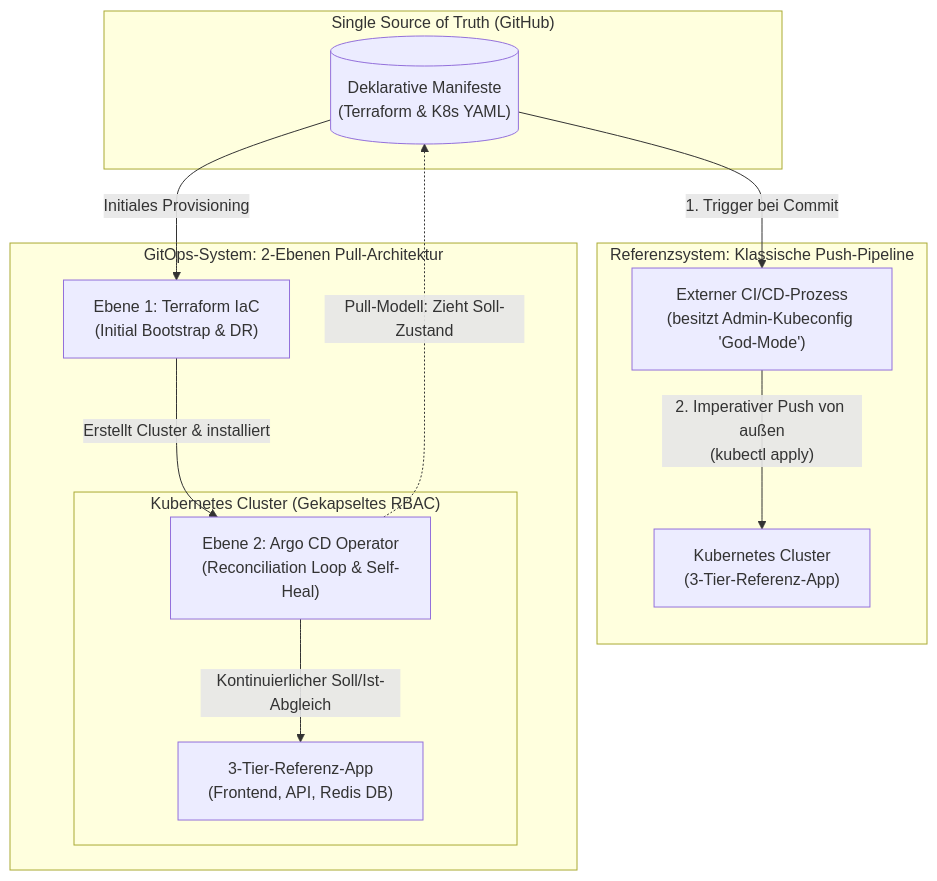
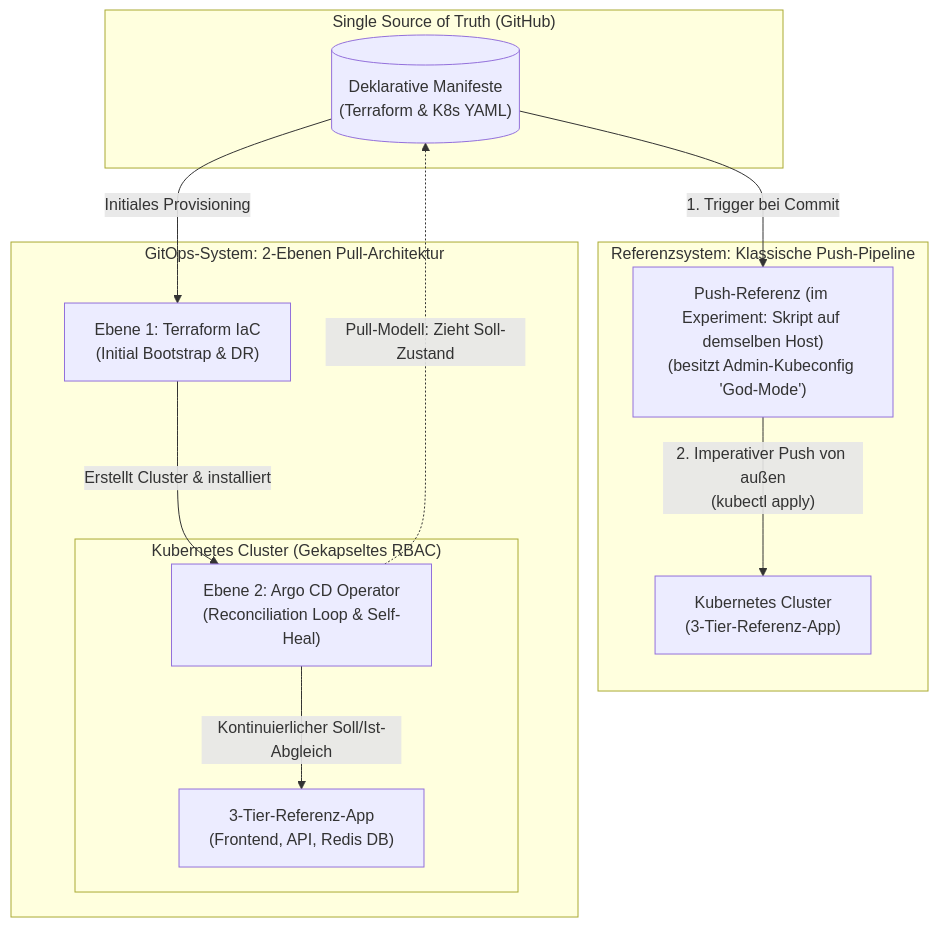
One commit to timopeters-dev/bachelor-gitops-demo changed the diagram in README.md. Above: the diagram before and after it, drawn with Mermaid. The commit also changed other lines of this file, not shown here.

````diff
--- a/README.md
+++ b/README.md
@@ -49,25 +49,25 @@
 ```mermaid
 flowchart TB
     subgraph Git["Single Source of Truth (GitHub)"]
         Repo[("Deklarative Manifeste<br/>(Terraform & K8s YAML)")]
     end
 
     subgraph PushModel["Referenzsystem: Klassische Push-Pipeline"]
-        CIRunner["Externer CI/CD-Prozess<br/>(besitzt Admin-Kubeconfig 'God-Mode')"]
+        CIRunner["Push-Referenz (im Experiment: Skript auf demselben Host)<br/>(besitzt Admin-Kubeconfig 'God-Mode')"]
         K8sPush["Kubernetes Cluster<br/>(3-Tier-Referenz-App)"]
         Repo -->|"1. Trigger bei Commit"| CIRunner
         CIRunner -->|"2. Imperativer Push von außen<br/>(kubectl apply)"| K8sPush
     end
 
     subgraph GitOpsModel["GitOps-System: 2-Ebenen Pull-Architektur"]
         TF["Ebene 1: Terraform IaC<br/>(Initial Bootstrap & DR)"]
         subgraph K8sGitOps["Kubernetes Cluster (Gekapseltes RBAC)"]
             Argo["Ebene 2: Argo CD Operator<br/>(Reconciliation Loop & Self-Heal)"]
             App["3-Tier-Referenz-App<br/>(Frontend, API, Redis DB)"]
             Argo -->|"Kontinuierlicher Soll/Ist-Abgleich"| App
         end
         Repo -->|"Initiales Provisioning"| TF
         TF -->|"Erstellt Cluster & installiert"| Argo
         Argo -.->|"Pull-Modell: Zieht Soll-Zustand"| Repo
     end
 ```
````
